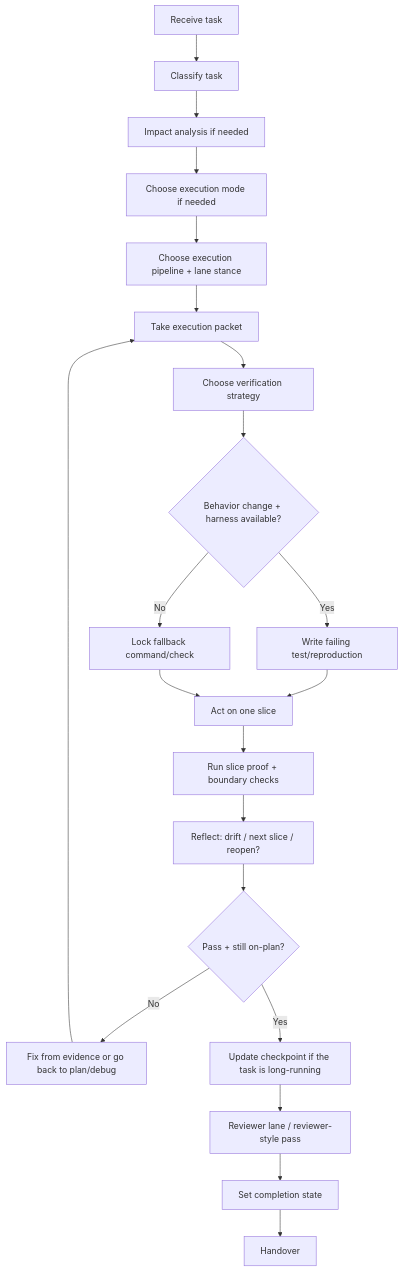
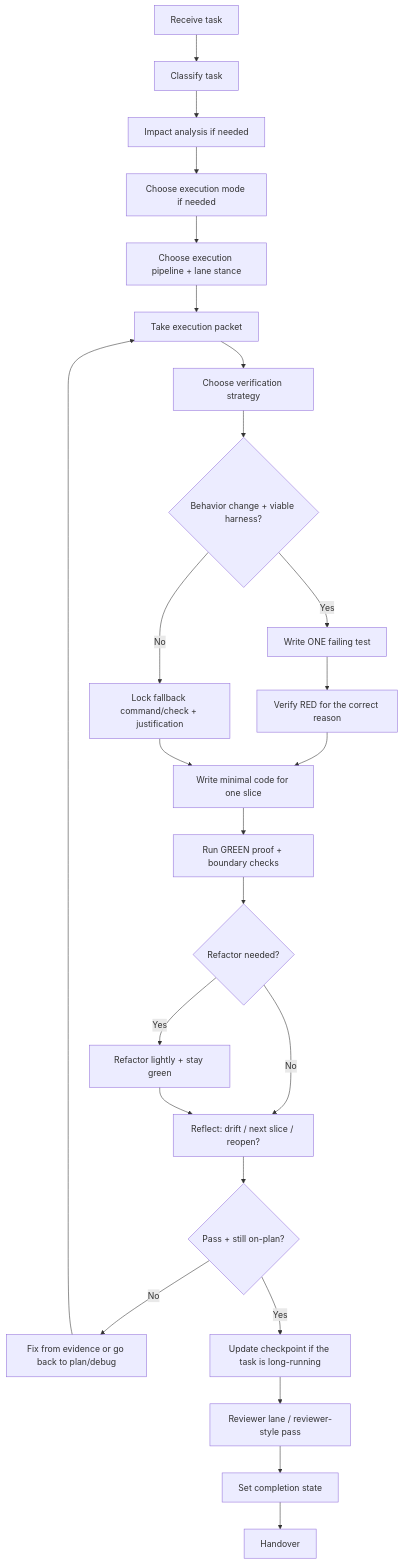
One commit to nguyenphat57/forge changed the diagram in packages/forge-core/workflows/execution/build.md. Above: the diagram before and after it, drawn with Mermaid. The commit also changed other lines of this file and 6 other files, not shown here.

````diff
--- a/packages/forge-core/workflows/execution/build.md
+++ b/packages/forge-core/workflows/execution/build.md
@@ -44,23 +46,27 @@
 ```mermaid
 flowchart TD
     A[Receive task] --> B[Classify task]
     B --> C[Impact analysis if needed]
     C --> D[Choose execution mode if needed]
     D --> E[Choose execution pipeline + lane stance]
     E --> F[Take execution packet]
     F --> G[Choose verification strategy]
-    G --> H{Behavior change + harness available?}
-    H -->|Yes| I[Write failing test/reproduction]
-    H -->|No| J[Lock fallback command/check]
-    I --> K[Act on one slice]
-    J --> K
-    K --> L[Run slice proof + boundary checks]
-    L --> M[Reflect: drift / next slice / reopen?]
-    M --> N{Pass + still on-plan?}
-    N -->|No| O[Fix from evidence or go back to plan/debug]
-    O --> F
-    N -->|Yes| P[Update checkpoint if the task is long-running]
-    P --> Q[Reviewer lane / reviewer-style pass]
-    Q --> R[Set completion state]
-    R --> S[Handover]
+    G --> H{Behavior change + viable harness?}
+    H -->|Yes| I[Write ONE failing test]
+    I --> J[Verify RED for the correct reason]
+    H -->|No| K[Lock fallback command/check + justification]
+    J --> L[Write minimal code for one slice]
+    K --> L
+    L --> M[Run GREEN proof + boundary checks]
+    M --> N{Refactor needed?}
+    N -->|Yes| O[Refactor lightly + stay green]
+    N -->|No| P[Reflect: drift / next slice / reopen?]
+    O --> P
+    P --> Q{Pass + still on-plan?}
+    Q -->|No| R[Fix from evidence or go back to plan/debug]
+    R --> F
+    Q -->|Yes| S[Update checkpoint if the task is long-running]
+    S --> T[Reviewer lane / reviewer-style pass]
+    T --> U[Set completion state]
+    U --> V[Handover]
 ```
````
